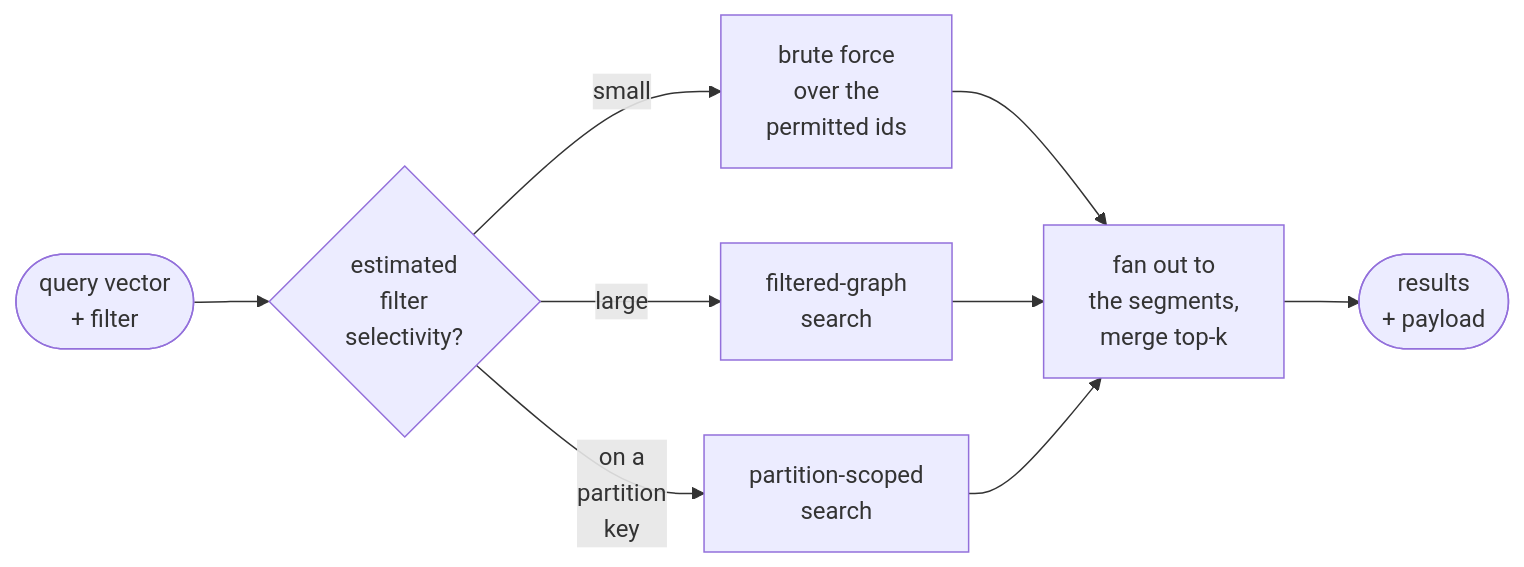
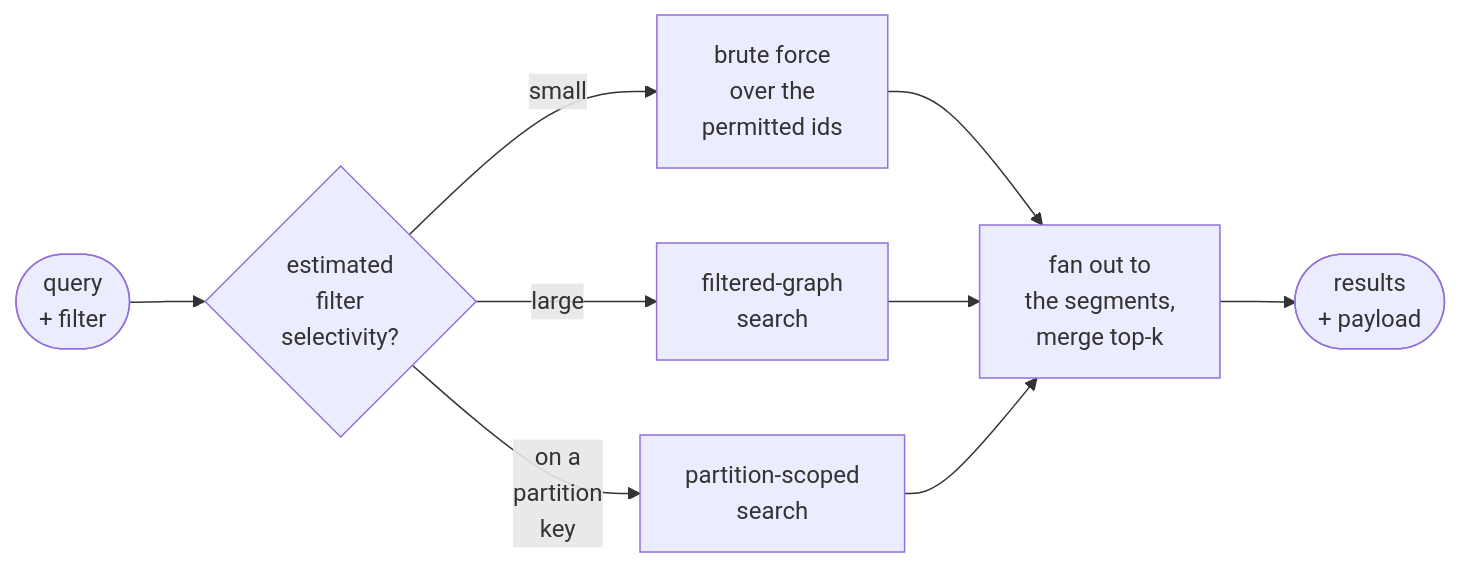
Before and after one commit to aniryou/full-stack-agentic-engineer: the third of 4 diagrams in 07-application-agent-framework/retrieval-rag/vector-databases-primer.md, drawn with Mermaid. The commit also changed 11 other files, not shown here.

First line of the commit message:
WIP snapshot: the figure round (charts, improvements, additions) in progress (2026-10-30T19:00:25Z); not validated [skip ci]

````diff
--- a/07-application-agent-framework/retrieval-rag/vector-databases-primer.md
+++ b/07-application-agent-framework/retrieval-rag/vector-databases-primer.md
@@ -252,11 +252,11 @@
 ```mermaid
 flowchart LR
-  Q(["query vector<br/>+ filter"]) --> E{"estimated<br/>filter<br/>selectivity?"}
+  Q(["query<br/>+ filter"]) --> E{"estimated<br/>filter<br/>selectivity?"}
   E -->|"small"| B["brute force<br/>over the<br/>permitted ids"]
   E -->|"large"| T["filtered-graph<br/>search"]
   E -->|"on a<br/>partition<br/>key"| P["partition-scoped<br/>search"]
   B --> F["fan out to<br/>the segments,<br/>merge top-k"]
   T --> F
   P --> F
   F --> O(["results<br/>+ payload"])
 ```
````
